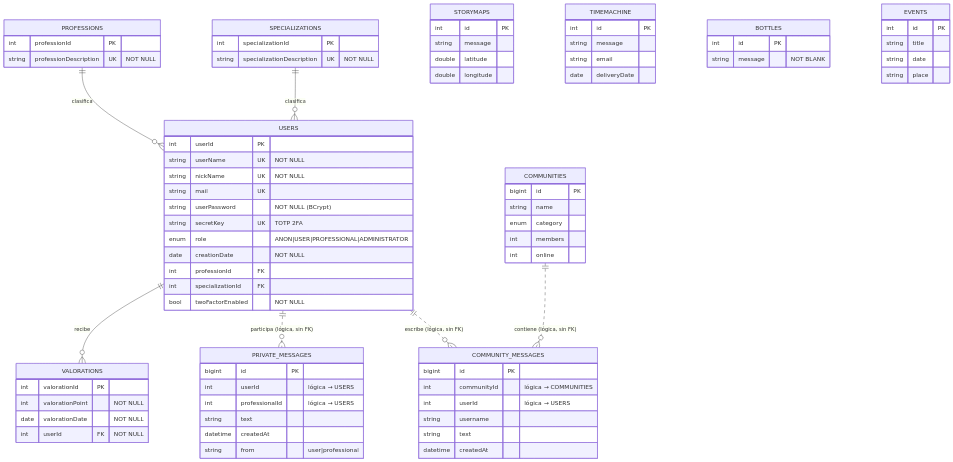
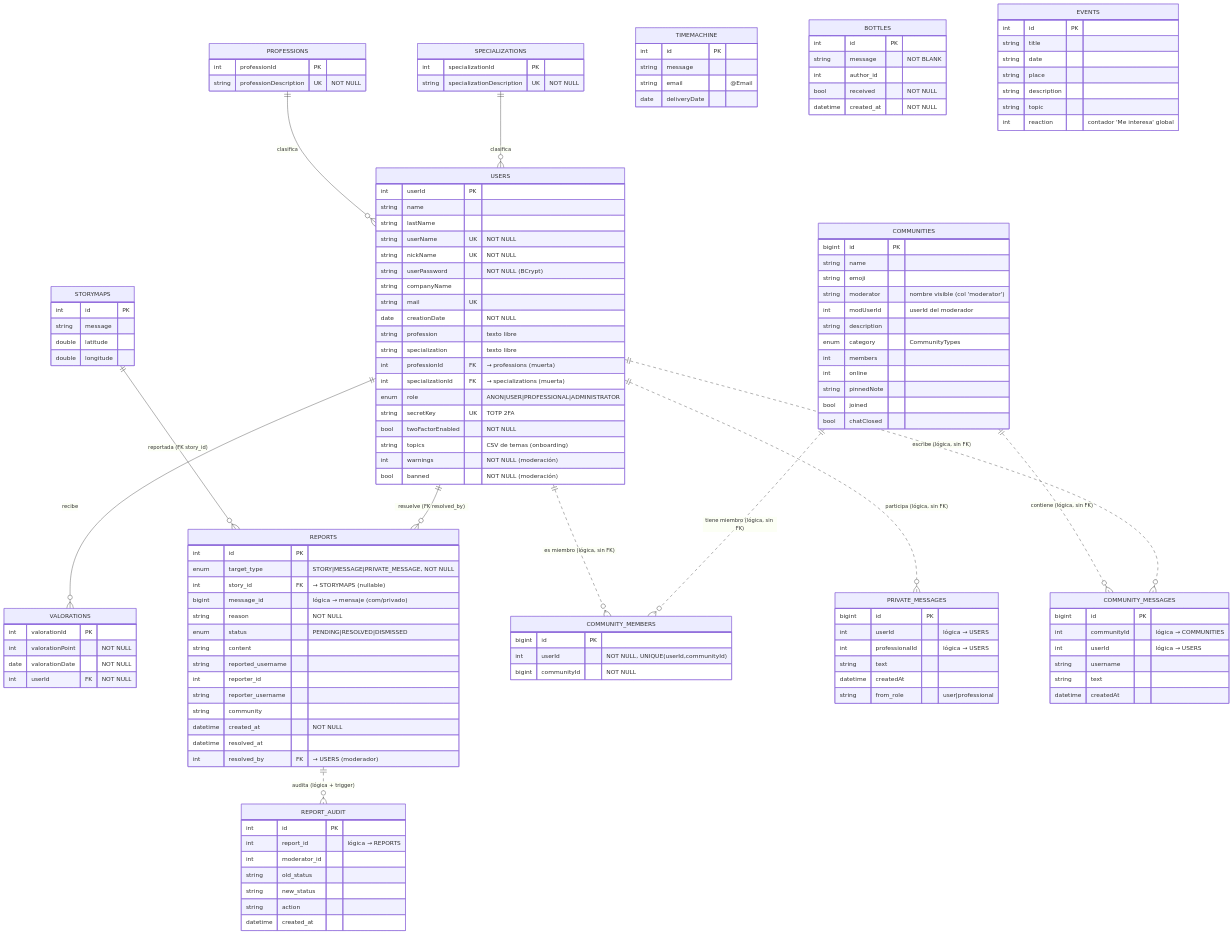
Before and after one commit to ikersanjeronimo-alt/backend: the diagram in db/01-modelo-er.md, drawn with Mermaid. The commit also changed other lines of this file and 10 other files, not shown here.

````diff
--- a/db/01-modelo-er.md
+++ b/db/01-modelo-er.md
@@ -10,22 +10,35 @@
     PROFESSIONS      ||--o{ USERS              : "clasifica"
     SPECIALIZATIONS  ||--o{ USERS              : "clasifica"
     USERS            ||--o{ VALORATIONS        : "recibe"
+    STORYMAPS        ||--o{ REPORTS            : "reportada (FK story_id)"
+    USERS            ||--o{ REPORTS            : "resuelve (FK resolved_by)"
+    REPORTS          ||..o{ REPORT_AUDIT       : "audita (lógica + trigger)"
+    USERS            ||..o{ COMMUNITY_MEMBERS  : "es miembro (lógica, sin FK)"
+    COMMUNITIES      ||..o{ COMMUNITY_MEMBERS  : "tiene miembro (lógica, sin FK)"
     USERS            ||..o{ PRIVATE_MESSAGES   : "participa (lógica, sin FK)"
     COMMUNITIES      ||..o{ COMMUNITY_MESSAGES : "contiene (lógica, sin FK)"
     USERS            ||..o{ COMMUNITY_MESSAGES : "escribe (lógica, sin FK)"
 
     USERS {
         int     userId PK
+        string  name
+        string  lastName
         string  userName  UK "NOT NULL"
         string  nickName  UK "NOT NULL"
+        string  userPassword "NOT NULL (BCrypt)"
+        string  companyName
         string  mail      UK
-        string  userPassword "NOT NULL (BCrypt)"
+        date    creationDate "NOT NULL"
+        string  profession "texto libre"
+        string  specialization "texto libre"
+        int     professionId FK "→ professions (muerta)"
+        int     specializationId FK "→ specializations (muerta)"
+        enum    role "ANON|USER|PROFESSIONAL|ADMINISTRATOR"
         string  secretKey UK "TOTP 2FA"
-        enum    role "ANON|USER|PROFESSIONAL|ADMINISTRATOR"
-        date    creationDate "NOT NULL"
-        int     professionId FK
-        int     specializationId FK
         bool    twoFactorEnabled "NOT NULL"
+        string  topics "CSV de temas (onboarding)"
+        int     warnings "NOT NULL (moderación)"
+        bool    banned "NOT NULL (moderación)"
     }
     PROFESSIONS {
         int     professionId PK
@@ -47,14 +60,26 @@
         int     professionalId "lógica → USERS"
         string  text
         datetime createdAt
-        string  from "user|professional"
+        string  from_role "user|professional"
     }
     COMMUNITIES {
         bigint  id PK
         string  name
-        enum    category
+        string  emoji
+        string  moderator "nombre visible (col 'moderator')"
+        int     modUserId "userId del moderador"
+        string  description
+        enum    category "CommunityTypes"
         int     members
         int     online
+        string  pinnedNote
+        bool    joined
+        bool    chatClosed
+    }
+    COMMUNITY_MEMBERS {
+        bigint  id PK
+        int     userId "NOT NULL, UNIQUE(userId,communityId)"
+        bigint  communityId "NOT NULL"
     }
     COMMUNITY_MESSAGES {
         bigint  id PK
@@ -63,6 +88,31 @@
         string  username
         string  text
         datetime createdAt
+    }
+    REPORTS {
+        int     id PK
+        enum    target_type "STORY|MESSAGE|PRIVATE_MESSAGE, NOT NULL"
+        int     story_id FK "→ STORYMAPS (nullable)"
+        bigint  message_id "lógica → mensaje (com/privado)"
+        string  reason "NOT NULL"
+        enum    status "PENDING|RESOLVED|DISMISSED"
+        string  content
+        string  reported_username
+        int     reporter_id
+        string  reporter_username
+        string  community
+        datetime created_at "NOT NULL"
+        datetime resolved_at
+        int     resolved_by FK "→ USERS (moderador)"
+    }
+    REPORT_AUDIT {
+        int     id PK
+        int     report_id "lógica → REPORTS"
+        int     moderator_id
+        string  old_status
+        string  new_status
+        string  action
+        datetime created_at
     }
     STORYMAPS {
         int     id PK
@@ -73,17 +123,23 @@
     TIMEMACHINE {
         int     id PK
         string  message
-        string  email
+        string  email "@Email"
         date    deliveryDate
     }
     BOTTLES {
         int     id PK
         string  message "NOT BLANK"
+        int     author_id
+        bool    received "NOT NULL"
+        datetime created_at "NOT NULL"
     }
     EVENTS {
         int     id PK
         string  title
         string  date
         string  place
+        string  description
+        string  topic
+        int     reaction "contador 'Me interesa' global"
     }
 ```
````
